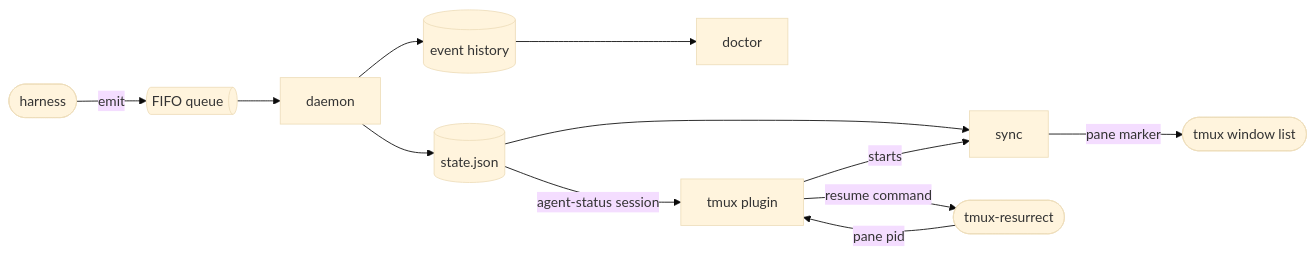
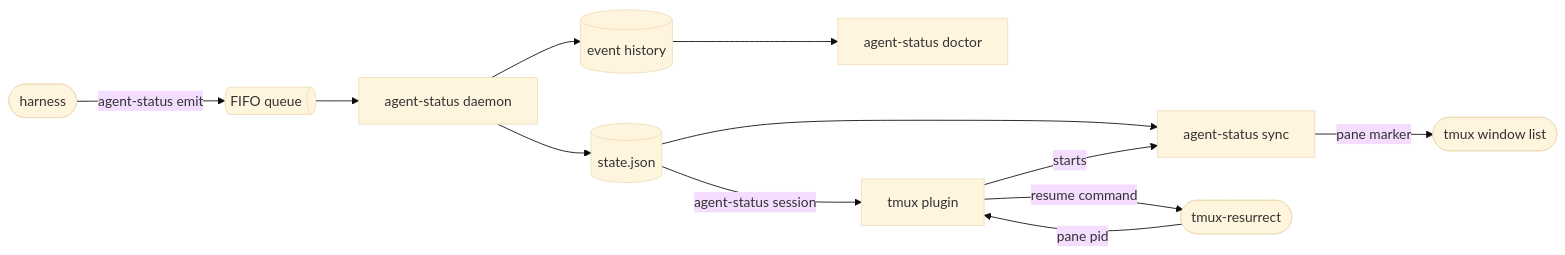
Before and after one commit to jvrsantacruz/agent-status: the first of 2 diagrams in docs/systems/agent-status/agent-status-spec.md, drawn with Mermaid (base theme). The commit also changed other lines of this file, not shown here.

Commit message:
docs: diagram nodes carry the full agent-status command names

````diff
--- a/docs/systems/agent-status/agent-status-spec.md
+++ b/docs/systems/agent-status/agent-status-spec.md
@@ -15,14 +14,14 @@
 ```mermaid
 flowchart LR
-  agent([harness]) -- emit --> fifo@{ shape: h-cyl, label: "FIFO queue" }
-  fifo --> daemon[daemon]
+  agent([harness]) -- agent-status emit --> fifo@{ shape: h-cyl, label: "FIFO queue" }
+  fifo --> daemon[agent-status daemon]
   daemon --> db[(event history)]
-  db --> doctor[doctor]
+  db --> doctor[agent-status doctor]
   daemon --> state[(state.json)]
-  state --> sync[sync]
+  state --> sync[agent-status sync]
   sync -- pane marker --> tmux([tmux window list])
   plugin[tmux plugin] -- starts --> sync
   state -- agent-status session --> plugin
   resurrect([tmux-resurrect]) -- pane pid --> plugin
   plugin -- resume command --> resurrect
 ```
````
